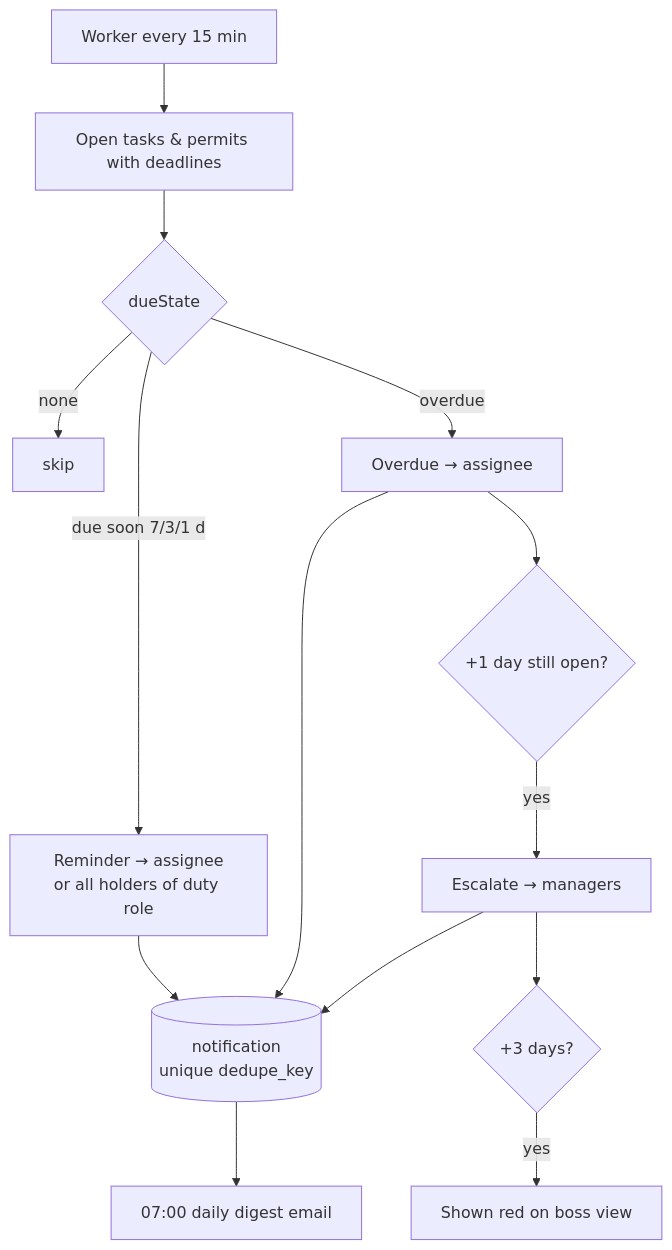
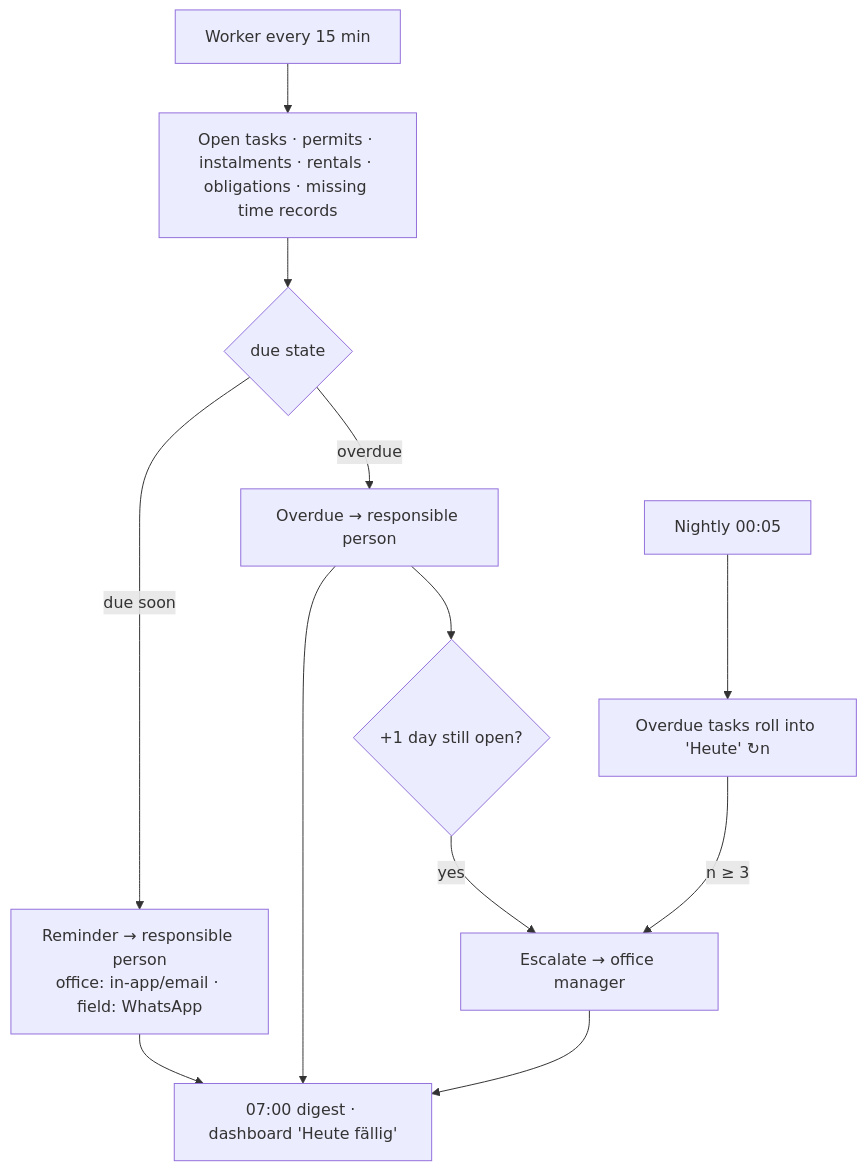
The sixth of 12 diagrams in docs/product/user-flows.md (coelln-konzept/marktwerk), drawn with Mermaid before and after one commit. The commit also changed other lines of this file and 36 other files, not shown here.

````diff
--- a/docs/product/user-flows.md
+++ b/docs/product/user-flows.md
@@ -89,14 +89,12 @@
 ```mermaid
 flowchart TD
-    C[Worker every 15 min] --> Q[Open tasks & permits with deadlines]
-    Q --> S{dueState}
-    S -->|none| X[skip]
-    S -->|due soon 7/3/1 d| R[Reminder → assignee<br/>or all holders of duty role]
-    S -->|overdue| O[Overdue → assignee]
+    C[Worker every 15 min] --> Q[Open tasks · permits · instalments · rentals · obligations · missing time records]
+    Q --> S{due state}
+    S -->|due soon| R[Reminder → responsible person<br/>office: in-app/email · field: WhatsApp]
+    S -->|overdue| O[Overdue → responsible person]
     O --> E1{"+1 day still open?"}
-    E1 -->|yes| E2[Escalate → managers]
-    E2 --> E3{"+3 days?"}
-    E3 -->|yes| B[Shown red on boss view]
-    R & O & E2 --> DK[(notification<br/>unique dedupe_key)]
-    DK --> DG[07:00 daily digest email]
+    E1 -->|yes| MG[Escalate → office manager]
+    N[Nightly 00:05] --> RO[Overdue tasks roll into 'Heute' ↻n]
+    RO -->|n ≥ 3| MG
+    R & O & MG --> DG[07:00 digest · dashboard 'Heute fällig']
 ```
````
